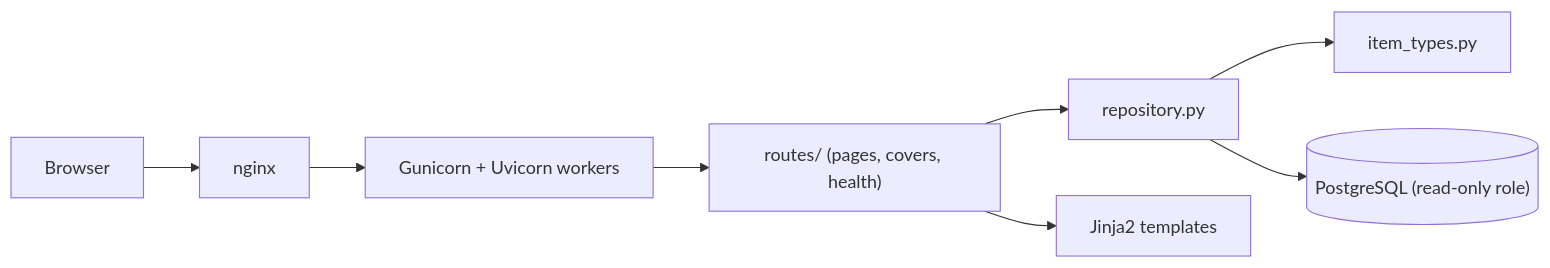
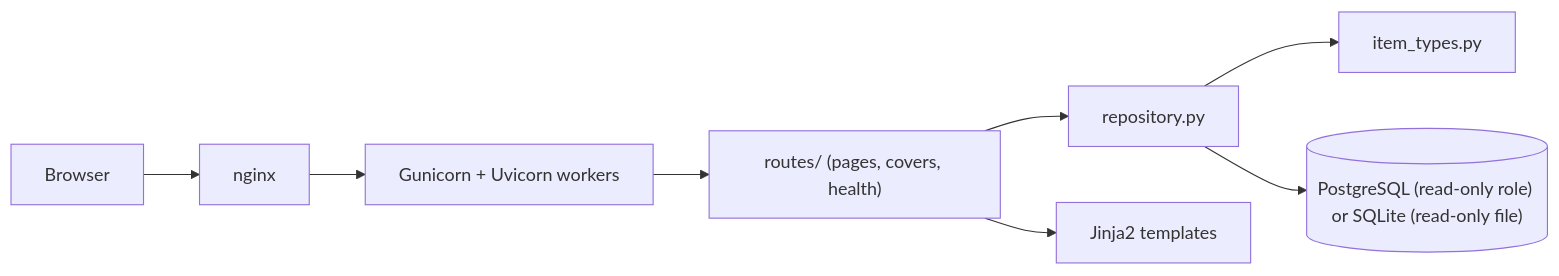
One commit to charabaruk/biblioteq-web changed the diagram in docs/arch/overview.md. Above: the diagram before and after it, drawn with Mermaid. The commit also changed other lines of this file and 3 other files, not shown here.

````diff
--- a/docs/arch/overview.md
+++ b/docs/arch/overview.md
@@ -5,9 +5,9 @@
 ```mermaid
 flowchart LR
   Browser --> nginx --> Gunicorn["Gunicorn + Uvicorn workers"]
   Gunicorn --> Routes["routes/ (pages, covers, health)"]
   Routes --> Repo["repository.py"]
   Repo --> Registry["item_types.py"]
-  Repo --> DB[("PostgreSQL (read-only role)")]
+  Repo --> DB[("PostgreSQL (read-only role) or SQLite (read-only file)")]
   Routes --> Templates["Jinja2 templates"]
 ```
````
